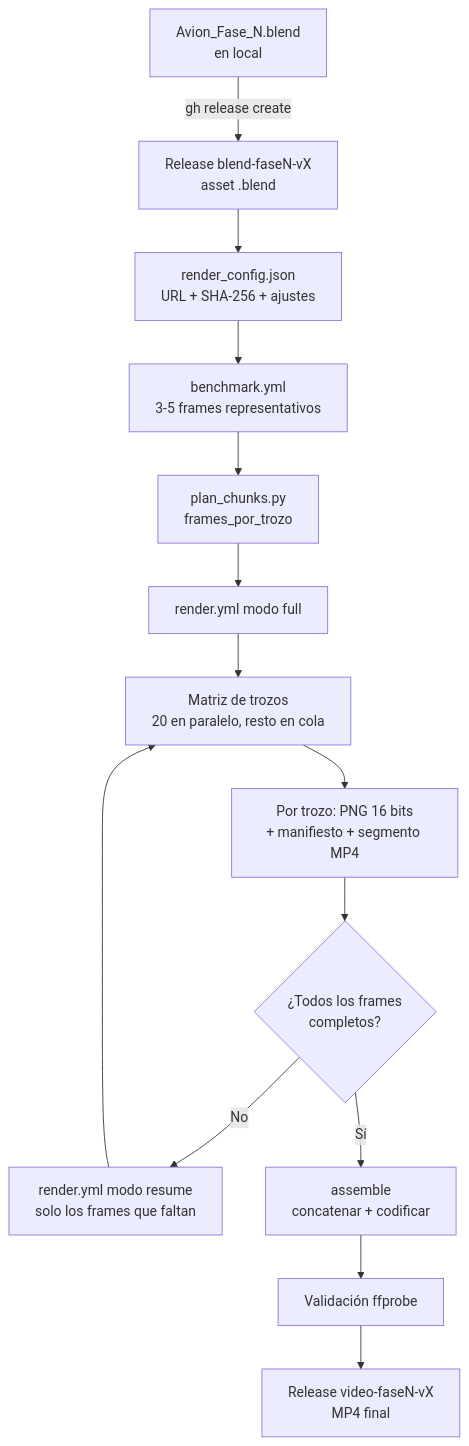
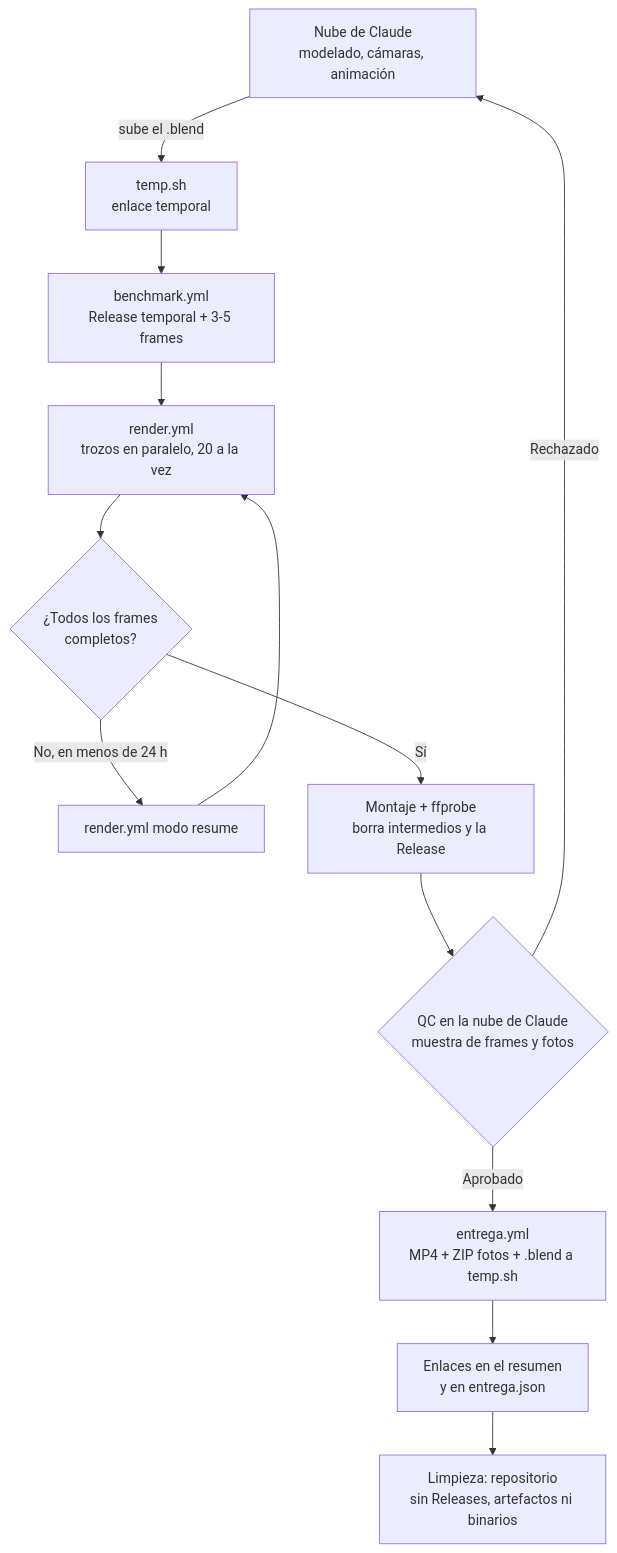
Before and after one commit to mariogarcia131/Proyecto-Blender: the diagram in README.md, drawn with Mermaid. The commit also changed other lines of this file and 4 other files, not shown here.

First line of the commit message:
docs: roles nube/Actions, transporte temporal, QC previo y entrega externa

````diff
--- a/README.md
+++ b/README.md
@@ -27,16 +36,15 @@
 ```mermaid
 flowchart TD
-    A["Avion_Fase_N.blend<br/>en local"] -->|"gh release create"| B["Release blend-faseN-vX<br/>asset .blend"]
-    B --> C["render_config.json<br/>URL + SHA-256 + ajustes"]
-    C --> D["benchmark.yml<br/>3-5 frames representativos"]
-    D --> E["plan_chunks.py<br/>frames_por_trozo"]
-    E --> F["render.yml modo full"]
-    F --> G["Matriz de trozos<br/>20 en paralelo, resto en cola"]
-    G --> H["Por trozo: PNG 16 bits<br/>+ manifiesto + segmento MP4"]
-    H --> I{"¿Todos los frames<br/>completos?"}
-    I -->|"No"| J["render.yml modo resume<br/>solo los frames que faltan"]
-    J --> G
-    I -->|"Sí"| K["assemble<br/>concatenar + codificar"]
-    K --> L["Validación ffprobe"]
-    L --> M["Release video-faseN-vX<br/>MP4 final"]
+    A["Nube de Claude<br/>modelado, cámaras, animación"] -->|"sube el .blend"| B["temp.sh<br/>enlace temporal"]
+    B --> C["benchmark.yml<br/>Release temporal + 3-5 frames"]
+    C --> D["render.yml<br/>trozos en paralelo, 20 a la vez"]
+    D --> E{"¿Todos los frames<br/>completos?"}
+    E -->|"No, en menos de 24 h"| F["render.yml modo resume"]
+    F --> D
+    E -->|"Sí"| G["Montaje + ffprobe<br/>borra intermedios y la Release"]
+    G --> H{"QC en la nube de Claude<br/>muestra de frames y fotos"}
+    H -->|"Rechazado"| A
+    H -->|"Aprobado"| I["entrega.yml<br/>MP4 + ZIP fotos + .blend a temp.sh"]
+    I --> J["Enlaces en el resumen<br/>y en entrega.json"]
+    J --> K["Limpieza: repositorio<br/>sin Releases, artefactos ni binarios"]
 ```
````
